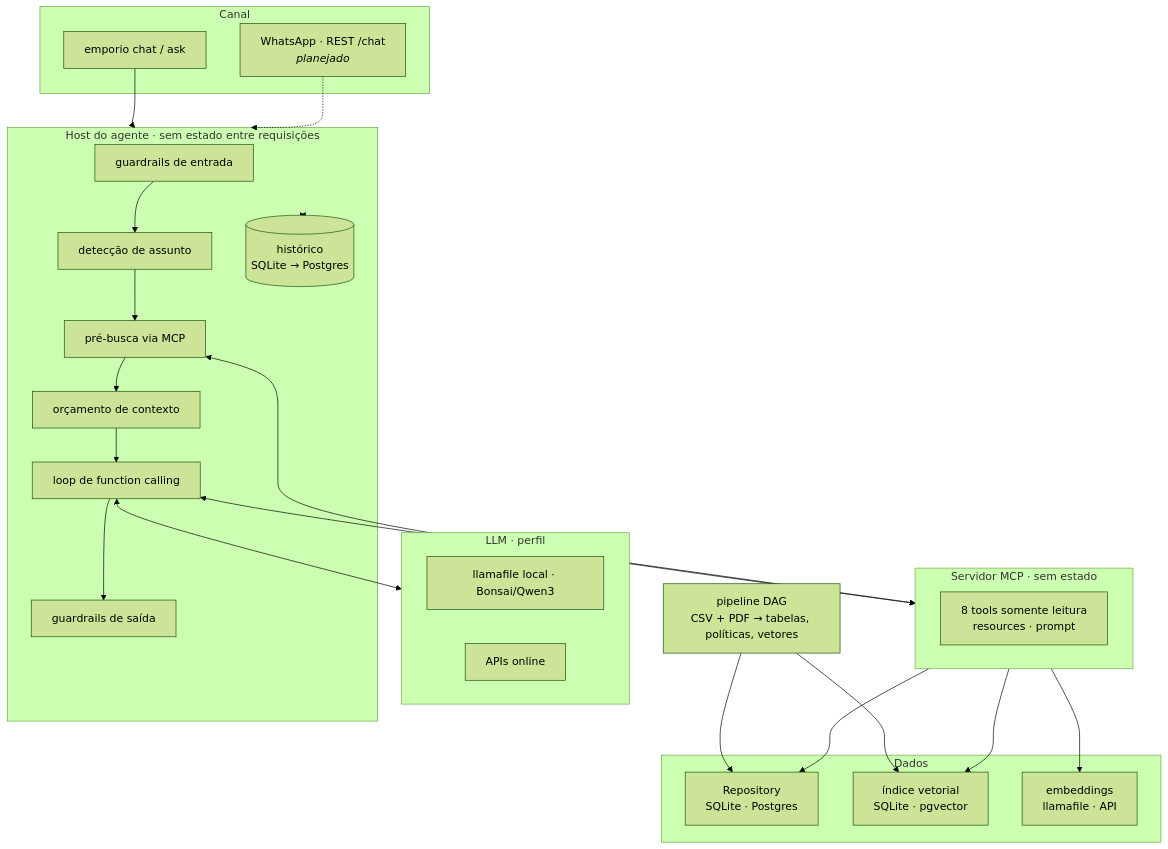
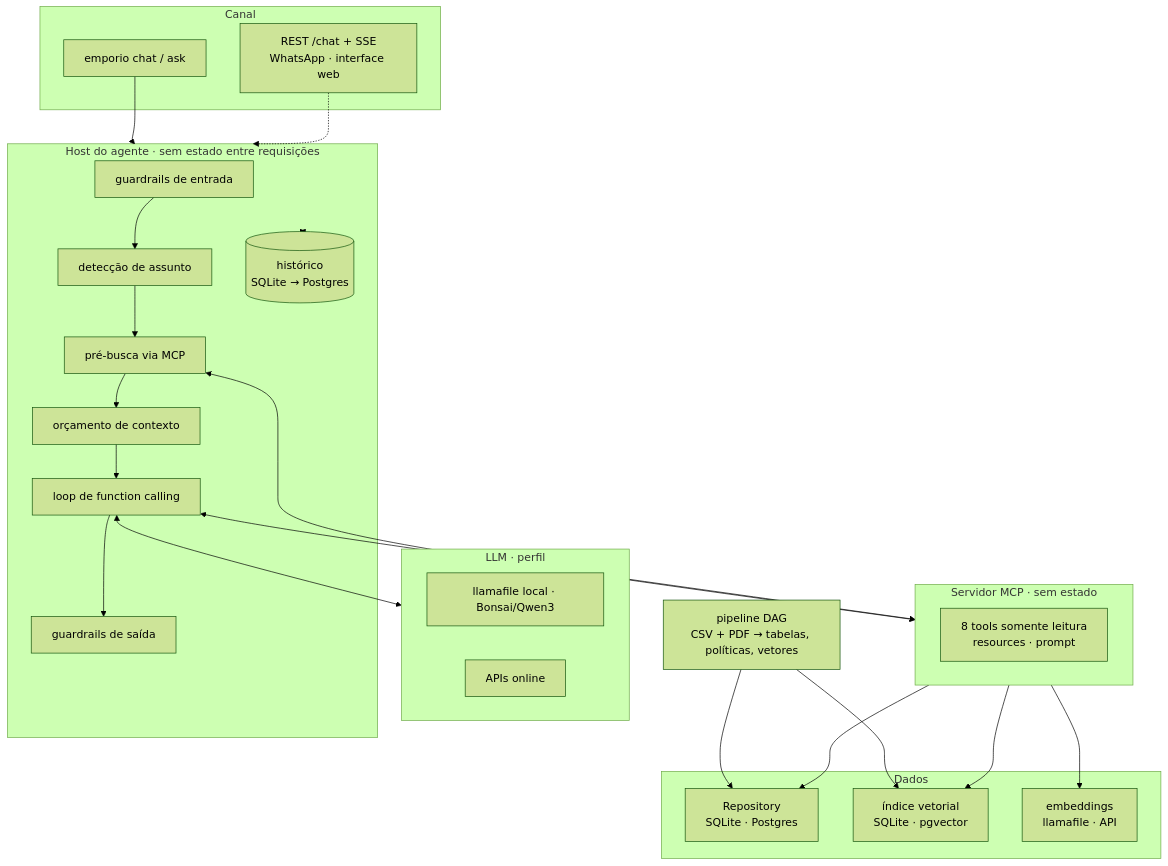
One commit to RonildoSilva/ai-engineer-challenge changed the diagram in docs/architecture.md. Above: the diagram before and after it, drawn with Mermaid (forest theme). The commit also changed other lines of this file and 9 other files, not shown here.

First line of the commit message:
feat(api): endpoint REST /chat com streaming SSE sobre o agente

````diff
--- a/docs/architecture.md
+++ b/docs/architecture.md
@@ -10,35 +10,35 @@
 ```mermaid
 flowchart TB
     subgraph canal[Canal]
         CLI[emporio chat / ask]
-        WA[WhatsApp · REST /chat<br/><i>planejado</i>]
+        WA[REST /chat + SSE<br/>WhatsApp · interface web]
     end
     subgraph host[Host do agente · sem estado entre requisições]
         G[guardrails de entrada] --> R[detecção de assunto] --> PF[pré-busca via MCP]
         PF --> B[orçamento de contexto] --> L[loop de function calling] --> GO[guardrails de saída]
         H[(histórico<br/>SQLite → Postgres)]
     end
     subgraph llm[LLM · perfil]
         LL[llamafile local · Bonsai/Qwen3]
         API[APIs online]
     end
     subgraph mcp[Servidor MCP · sem estado]
         T[8 tools somente leitura<br/>resources · prompt]
     end
     subgraph dados[Dados]
         REPO[Repository<br/>SQLite · Postgres]
         IDX[índice vetorial<br/>SQLite · pgvector]
         EMB[embeddings<br/>llamafile · API]
     end
     CLI --> host
     WA -.-> host
     L <--> llm
     PF <--> mcp
     L <--> mcp
     host <--> H
     mcp --> REPO
     mcp --> IDX
     mcp --> EMB
     PIPE[pipeline DAG<br/>CSV + PDF → tabelas, políticas, vetores] --> REPO
     PIPE --> IDX
 ```
````
